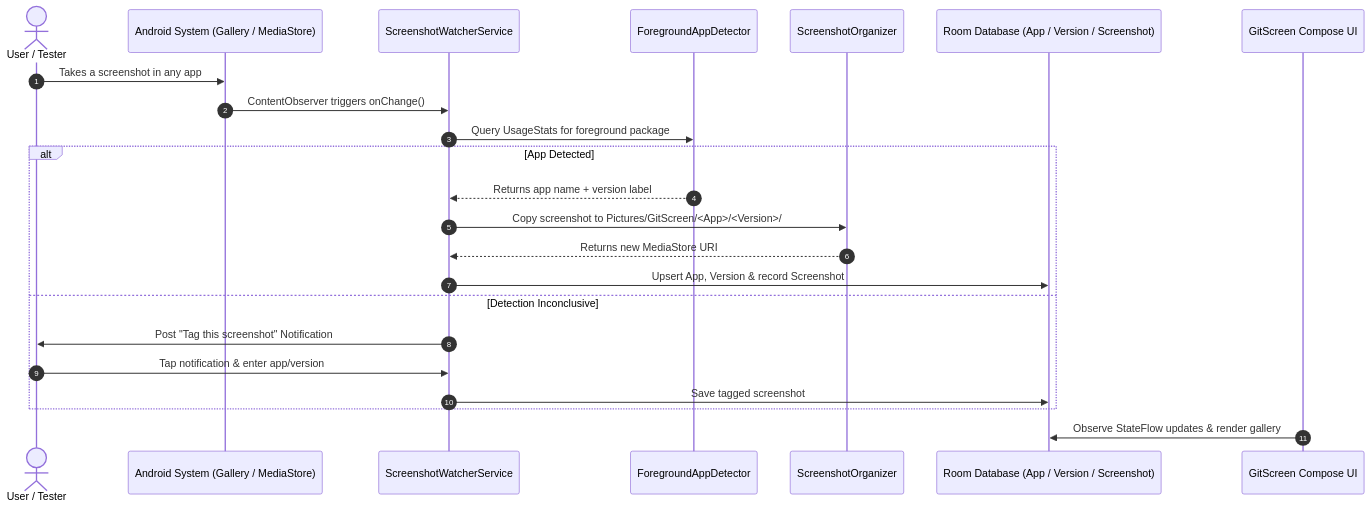
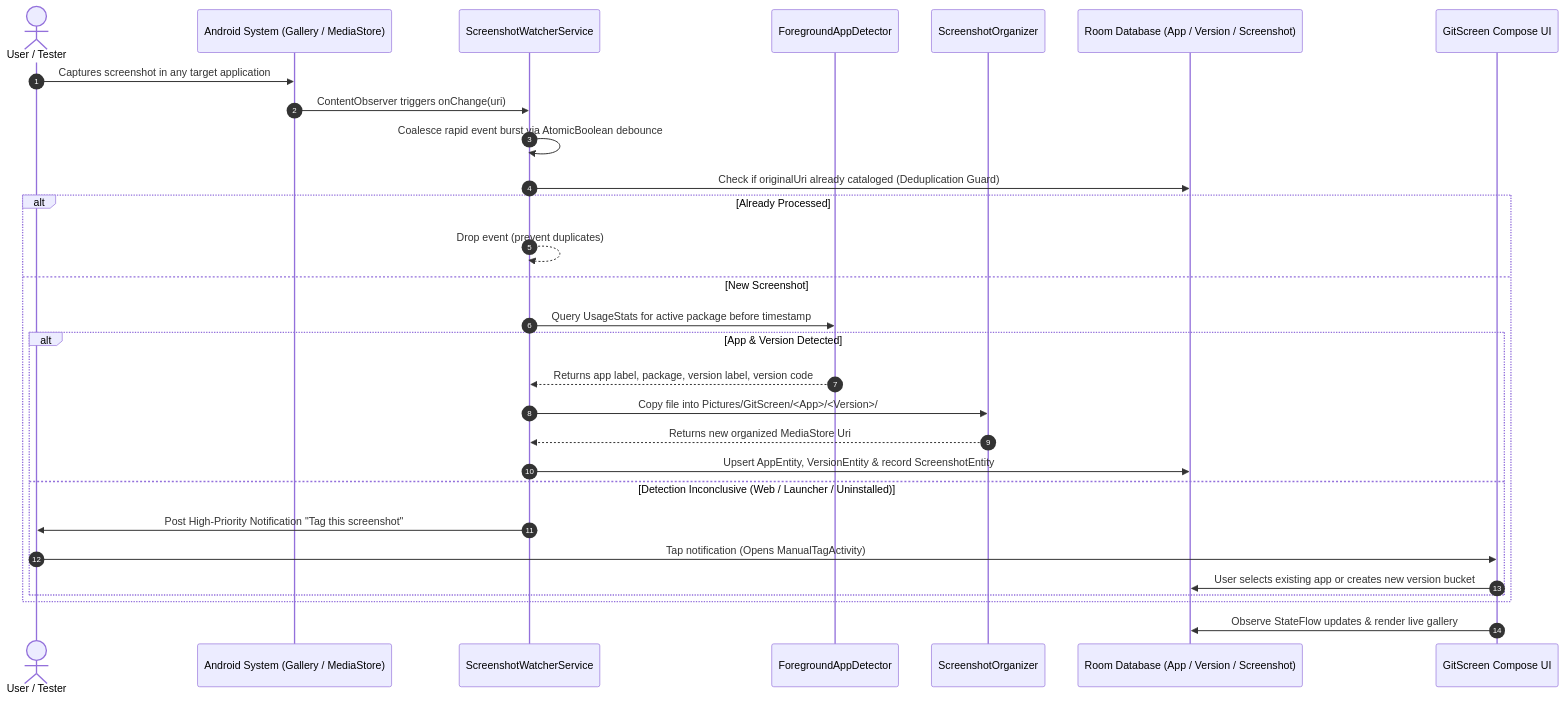
One commit to hashamtanveer-41/GitScreen changed the diagram in README.md. Above: the diagram before and after it, drawn with Mermaid. The commit also changed other lines of this file, not shown here.

````diff
--- a/README.md
+++ b/README.md
@@ -95,26 +156,32 @@
 ```mermaid
 sequenceDiagram
     autonumber
     actor User as User / Tester
     participant OS as Android System (Gallery / MediaStore)
     participant Observer as ScreenshotWatcherService
     participant Detector as ForegroundAppDetector
     participant Organizer as ScreenshotOrganizer
     participant DB as Room Database (App / Version / Screenshot)
     participant UI as GitScreen Compose UI
 
-    User->>OS: Takes a screenshot in any app
-    OS->>Observer: ContentObserver triggers onChange()
-    Observer->>Detector: Query UsageStats for foreground package
-    alt App Detected
-        Detector-->>Observer: Returns app name + version label
-        Observer->>Organizer: Copy screenshot to Pictures/GitScreen/<App>/<Version>/
-        Organizer-->>Observer: Returns new MediaStore URI
-        Observer->>DB: Upsert App, Version & record Screenshot
-    else Detection Inconclusive
-        Observer->>User: Post "Tag this screenshot" Notification
-        User->>Observer: Tap notification & enter app/version
-        Observer->>DB: Save tagged screenshot
+    User->>OS: Captures screenshot in any target application
+    OS->>Observer: ContentObserver triggers onChange(uri)
+    Observer->>Observer: Coalesce rapid event burst via AtomicBoolean debounce
+    Observer->>DB: Check if originalUri already cataloged (Deduplication Guard)
+    alt Already Processed
+        Observer-->>Observer: Drop event (prevent duplicates)
+    else New Screenshot
+        Observer->>Detector: Query UsageStats for active package before timestamp
+        alt App & Version Detected
+            Detector-->>Observer: Returns app label, package, version label, version code
+            Observer->>Organizer: Copy file into Pictures/GitScreen/<App>/<Version>/
+            Organizer-->>Observer: Returns new organized MediaStore Uri
+            Observer->>DB: Upsert AppEntity, VersionEntity & record ScreenshotEntity
+        else Detection Inconclusive (Web / Launcher / Uninstalled)
+            Observer->>User: Post High-Priority Notification "Tag this screenshot"
+            User->>UI: Tap notification (Opens ManualTagActivity)
+            UI->>DB: User selects existing app or creates new version bucket
+        end
     end
-    UI->>DB: Observe StateFlow updates & render gallery
+    UI->>DB: Observe StateFlow updates & render live gallery
 ```
````
